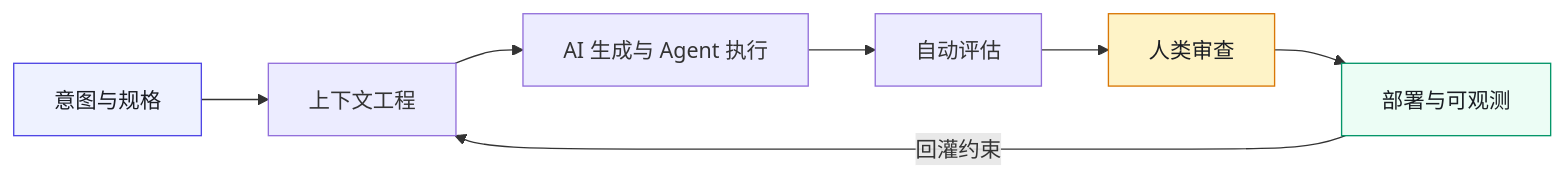
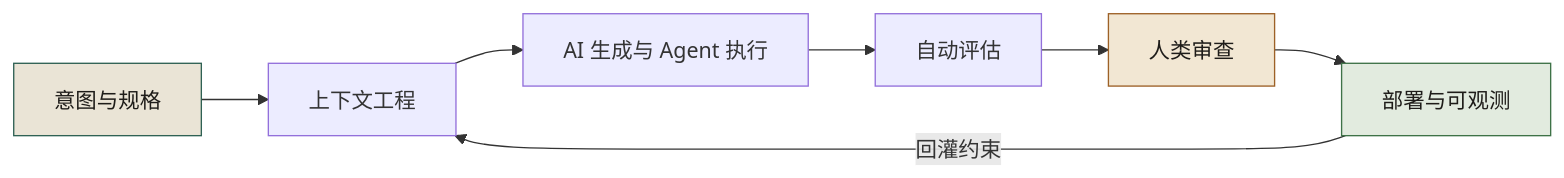
The first of 2 diagrams in docs/README.md (funny8kids/AI_Native_Software_Engineering), drawn with Mermaid before and after one commit. The commit also changed 81 other files, not shown here.

````diff
--- a/docs/README.md
+++ b/docs/README.md
@@ -76,12 +76,12 @@
 ```mermaid
 flowchart LR
   A[意图与规格] --> B[上下文工程]
   B --> C[AI 生成与 Agent 执行]
   C --> D[自动评估]
   D --> E[人类审查]
   E --> F[部署与可观测]
   F -->|回灌约束| B
-  style A fill:#eef2ff,stroke:#4f46e5,color:#1a1d23
-  style E fill:#fef3c7,stroke:#d97706,color:#1a1d23
-  style F fill:#ecfdf5,stroke:#059669,color:#1a1d23
+  style A fill:#eae4d6,stroke:#2f6154,color:#1e1c19
+  style E fill:#f2e7d3,stroke:#9d6127,color:#1e1c19
+  style F fill:#e2ebdf,stroke:#3e7247,color:#1e1c19
 ```
````
